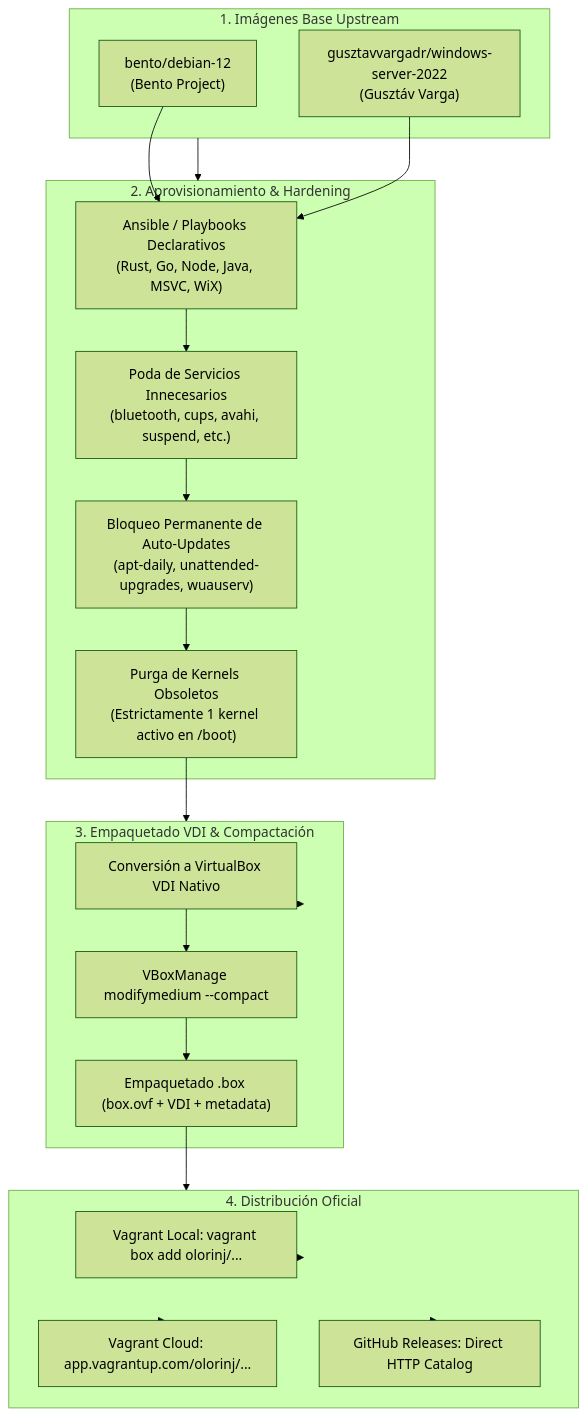
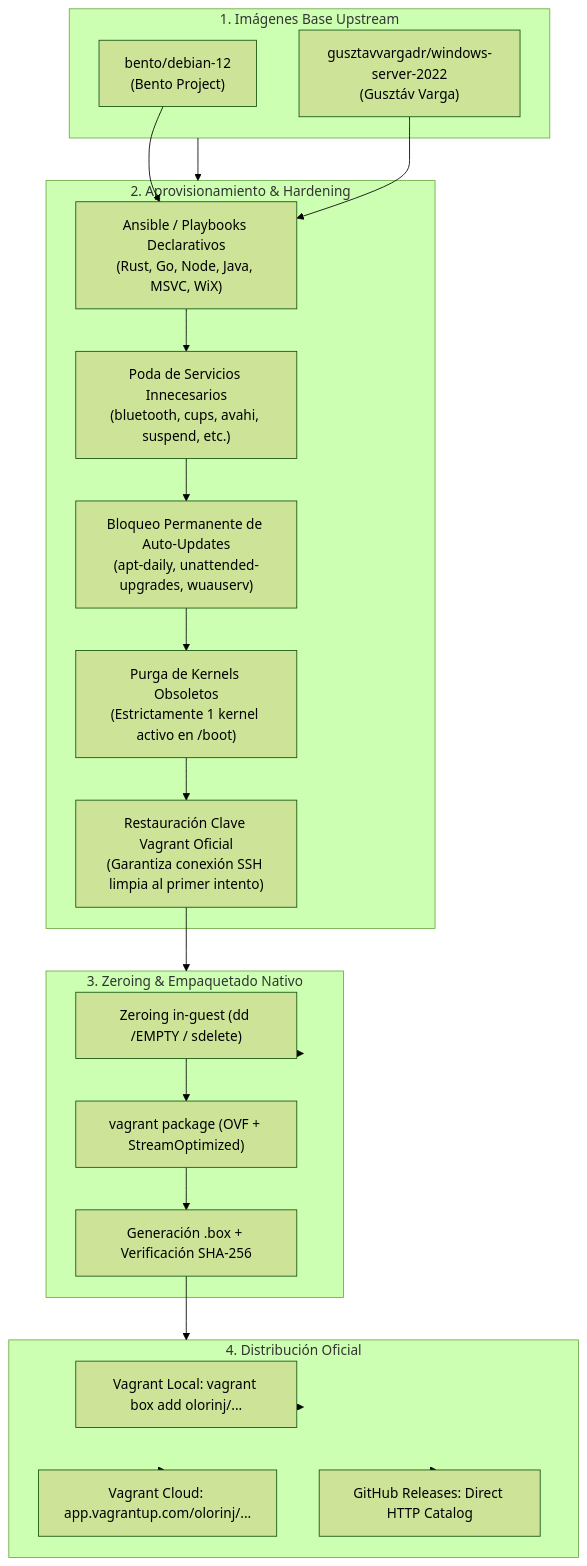
The diagram in docs/vagrant-boxes-guide.md (olorinj/dev-forge), drawn with Mermaid (forest theme) before and after one commit. The commit also changed other lines of this file and 3 other files, not shown here.

First line of the commit message:
fix(box): use native vagrant package standard and restore insecure ssh key

````diff
--- a/docs/vagrant-boxes-guide.md
+++ b/docs/vagrant-boxes-guide.md
@@ -5,37 +5,38 @@
 ```mermaid
 flowchart TD
     subgraph Upstream["1. Imágenes Base Upstream"]
         Bento["bento/debian-12<br/>(Bento Project)"]
         Gusztav["gusztavvargadr/windows-server-2022<br/>(Gusztáv Varga)"]
     end
 
     subgraph Provisioning["2. Aprovisionamiento & Hardening"]
         Ansible["Ansible / Playbooks Declarativos<br/>(Rust, Go, Node, Java, MSVC, WiX)"]
         CleanSrv["Poda de Servicios Innecesarios<br/>(bluetooth, cups, avahi, suspend, etc.)"]
         NoUpdate["Bloqueo Permanente de Auto-Updates<br/>(apt-daily, unattended-upgrades, wuauserv)"]
         OneKernel["Purga de Kernels Obsoletos<br/>(Estrictamente 1 kernel activo en /boot)"]
+        InsecureKey["Restauración Clave Vagrant Oficial<br/>(Garantiza conexión SSH limpia al primer intento)"]
     end
 
-    subgraph Packaging["3. Empaquetado VDI & Compactación"]
-        VDIConv["Conversión a VirtualBox VDI Nativo"]
-        VDICompact["VBoxManage modifymedium --compact"]
-        BoxTar["Empaquetado .box (box.ovf + VDI + metadata)"]
+    subgraph Packaging["3. Zeroing & Empaquetado Nativo"]
+        Zeroing["Zeroing in-guest (dd /EMPTY / sdelete)"]
+        BoxPkg["vagrant package (OVF + StreamOptimized)"]
+        BoxTar["Generación .box + Verificación SHA-256"]
     end
 
     subgraph Distribution["4. Distribución Oficial"]
         LocalReg["Vagrant Local: vagrant box add olorinj/..."]
         VagrantCloud["Vagrant Cloud: app.vagrantup.com/olorinj/..."]
         GHReleases["GitHub Releases: Direct HTTP Catalog"]
     end
 
     Upstream --> Provisioning
     Bento --> Ansible
     Gusztav --> Ansible
-    Ansible --> CleanSrv --> NoUpdate --> OneKernel
-    OneKernel --> Packaging
-    Packaging --> VDIConv --> VDICompact --> BoxTar
+    Ansible --> CleanSrv --> NoUpdate --> OneKernel --> InsecureKey
+    InsecureKey --> Packaging
+    Packaging --> Zeroing --> BoxPkg --> BoxTar
     BoxTar --> Distribution
     Distribution --> LocalReg
     Distribution --> VagrantCloud
     Distribution --> GHReleases
 ```
````
